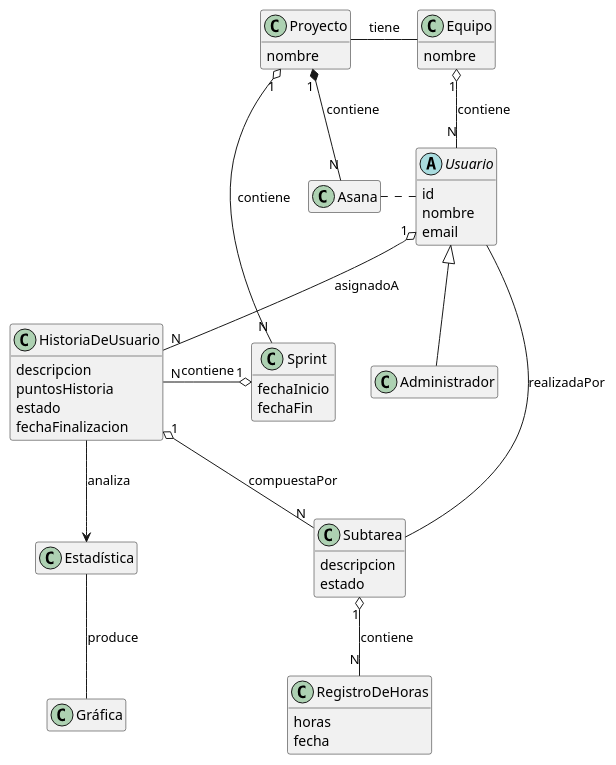
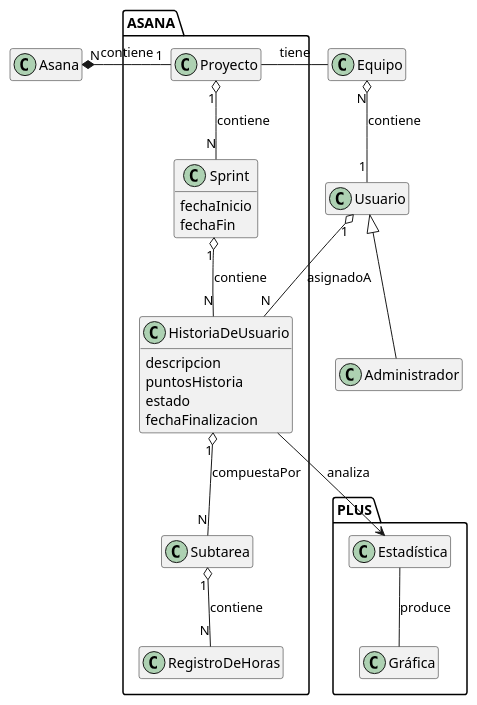
Before and after one commit to mmasias/25-26-IDSW1: the diagram in entregas/palmaCamila/ModeloDeDominio/DiagramaDeClases/DiagramaDeClases.puml, drawn with PlantUML. The commit also changed 2 other files, not shown here.

```diff
--- a/entregas/palmaCamila/ModeloDeDominio/DiagramaDeClases/DiagramaDeClases.puml
+++ b/entregas/palmaCamila/ModeloDeDominio/DiagramaDeClases/DiagramaDeClases.puml
@@ -3,74 +1,59 @@
 @startuml
-' Asana Plus como plataforma
 hide empty members
-    abstract class Usuario {
-        id
-        nombre
-        email
+
+    class Asana {
     }
-
+package "ASANA" {
     class Proyecto {
-        nombre
     }
-
     class Sprint {
         fechaInicio
         fechaFin
     }
-
     class HistoriaDeUsuario {
         descripcion
         puntosHistoria
         estado
         fechaFinalizacion
     }
+    class Subtarea {
+    }
+    class RegistroDeHoras {
 
-    class Subtarea {
-        descripcion
-        estado
     }
 
-    class RegistroDeHoras {
-        horas
-        fecha
+    Asana "N" *-right- "1" Proyecto : contiene
+    Proyecto "1" o-- "N" Sprint : contiene
+    Sprint "1" o-- "N" HistoriaDeUsuario : contiene
+    HistoriaDeUsuario "1" o-- "N" Subtarea : compuestaPor
+    Subtarea "1" o-- "N" RegistroDeHoras : contiene
+    
+}
+
+class Administrador
+class Usuario {
+
+}
+class Equipo {
+}
+
+
+Equipo -left Proyecto : tiene
+Usuario <|-- Administrador
+    Usuario "1" o-- "N" HistoriaDeUsuario : asignadoA
+
+
+Equipo "N" o-- "1" Usuario : contiene
+
+package "PLUS" {
+    class Estadística {
+    }
+    class Gráfica {
     }
     
-    class Administrador
-    {
-    }
-
-    class Equipo {
-        nombre
-    }
-    
-    class Asana {
-    }
-    
-    class Estadística {
-    }
-    
-    class Gráfica{
-    }
-    
-
-    
-    
-    Proyecto "1" o-- "N" Sprint : contiene
-    Proyecto "1" *-- "N" Asana : contiene
-    Asana  .right.  Usuario 
-    Sprint "1" o-left- "N" HistoriaDeUsuario : contiene
-    HistoriaDeUsuario "1" o-- "N" Subtarea : compuestaPor
-    Usuario <|-- Administrador
-
-    Equipo "1" o-- "N" Usuario : contiene
-    Equipo -left Proyecto : tiene
-
-    Usuario "1" o-- "N" HistoriaDeUsuario : asignadoA
-    Subtarea "1" o-- "N" RegistroDeHoras : contiene
-    Subtarea  --  Usuario : realizadaPor
-    HistoriaDeUsuario  --> Estadística : analiza
-    Estadística  -- Gráfica : produce
-
+    Estadística -- Gráfica : produce
 }
 
+HistoriaDeUsuario --> Estadística : analiza
+
 @enduml
```
